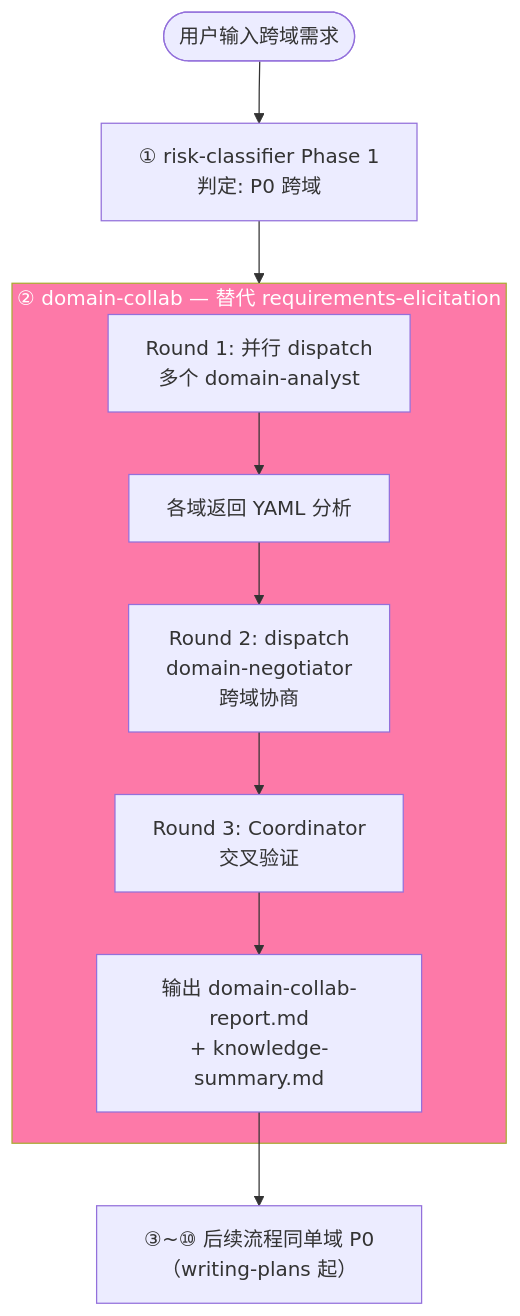
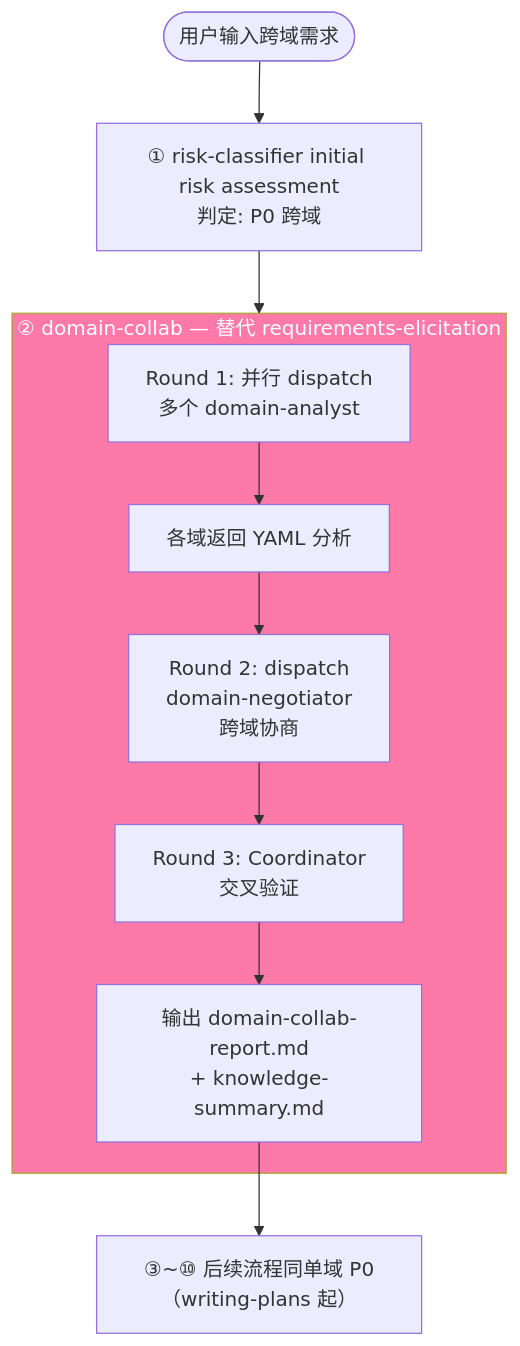
Before and after one commit to Aimeerrhythm/enterprise-change-workflow: the third of 9 diagrams in docs/workflow-execution-flow.md, drawn with Mermaid. The commit also changed other lines of this file and 44 other files, not shown here.

````diff
--- a/docs/workflow-execution-flow.md
+++ b/docs/workflow-execution-flow.md
@@ -184,16 +184,16 @@
 ```mermaid
 flowchart TD
-    START([用户输入跨域需求]) --> PHASE1[① risk-classifier Phase 1<br/>判定: P0 跨域]
+    START([用户输入跨域需求]) --> PHASE1[① risk-classifier initial risk assessment<br/>判定: P0 跨域]
     PHASE1 --> DC
 
     subgraph DC [② domain-collab — 替代 requirements-elicitation]
         DC1[Round 1: 并行 dispatch<br/>多个 domain-analyst] --> DC2[各域返回 YAML 分析]
         DC2 --> DC3[Round 2: dispatch<br/>domain-negotiator<br/>跨域协商]
         DC3 --> DC4[Round 3: Coordinator<br/>交叉验证]
         DC4 --> DC5[输出 domain-collab-report.md<br/>+ knowledge-summary.md]
     end
 
     DC5 --> NEXT[③~⑩ 后续流程同单域 P0（writing-plans 起）]
 
     style DC fill:#fd79a8,color:#fff
 ```
````
